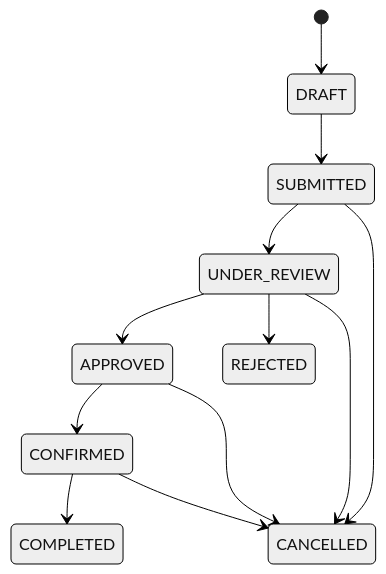
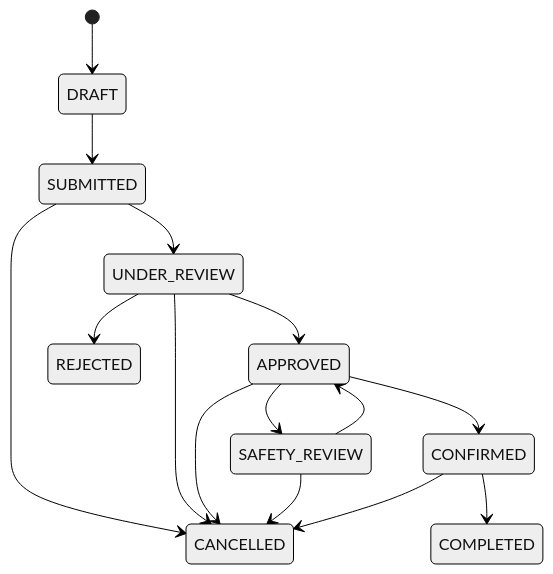
One commit to leecfryan/SPMG5-ConnectSphere- changed the diagram in docs/event-requests.md. Above: the diagram before and after it, drawn with Mermaid (neutral theme). The commit also changed other lines of this file and 10 other files, not shown here.

````diff
--- a/docs/event-requests.md
+++ b/docs/event-requests.md
@@ -94,14 +95,17 @@
 ```mermaid
 stateDiagram-v2
     [*] --> DRAFT
     DRAFT --> SUBMITTED
     SUBMITTED --> UNDER_REVIEW
     UNDER_REVIEW --> APPROVED
     UNDER_REVIEW --> REJECTED
+    APPROVED --> SAFETY_REVIEW
+    SAFETY_REVIEW --> APPROVED
     APPROVED --> CONFIRMED
     CONFIRMED --> COMPLETED
     SUBMITTED --> CANCELLED
     UNDER_REVIEW --> CANCELLED
     APPROVED --> CANCELLED
+    SAFETY_REVIEW --> CANCELLED
     CONFIRMED --> CANCELLED
 ```
````
